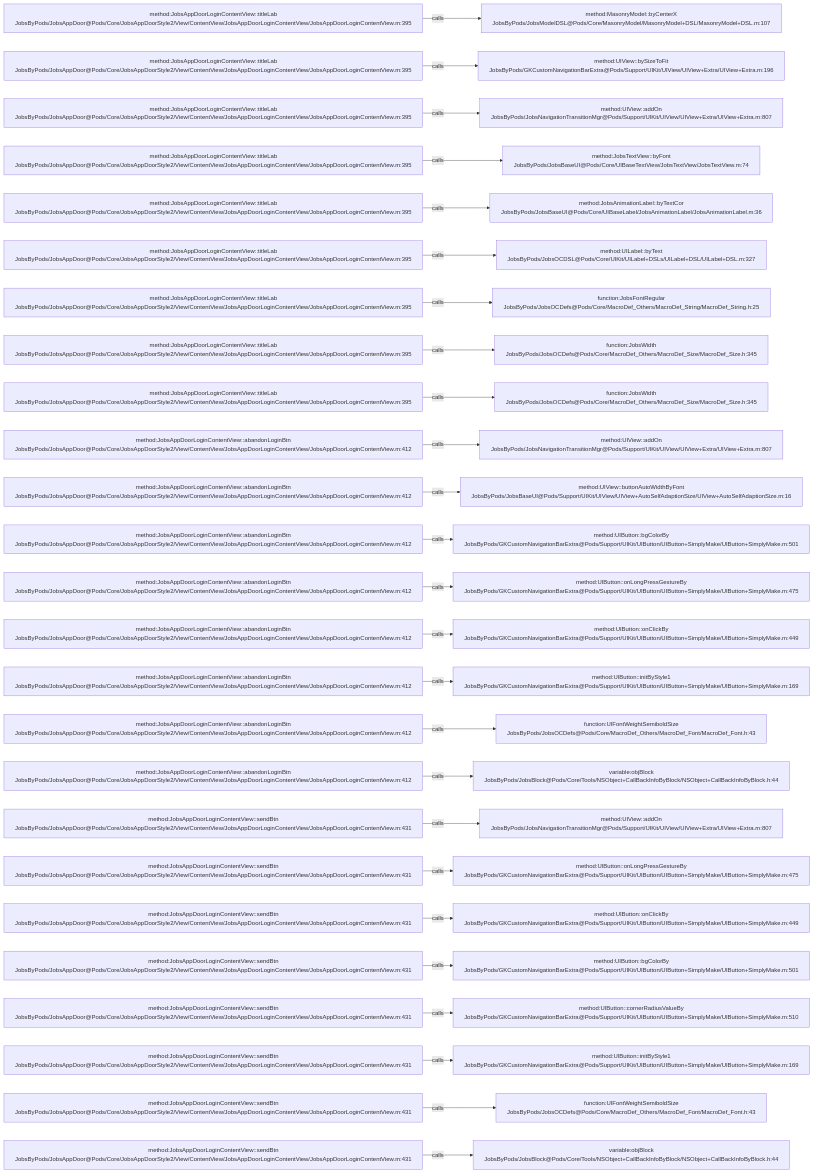
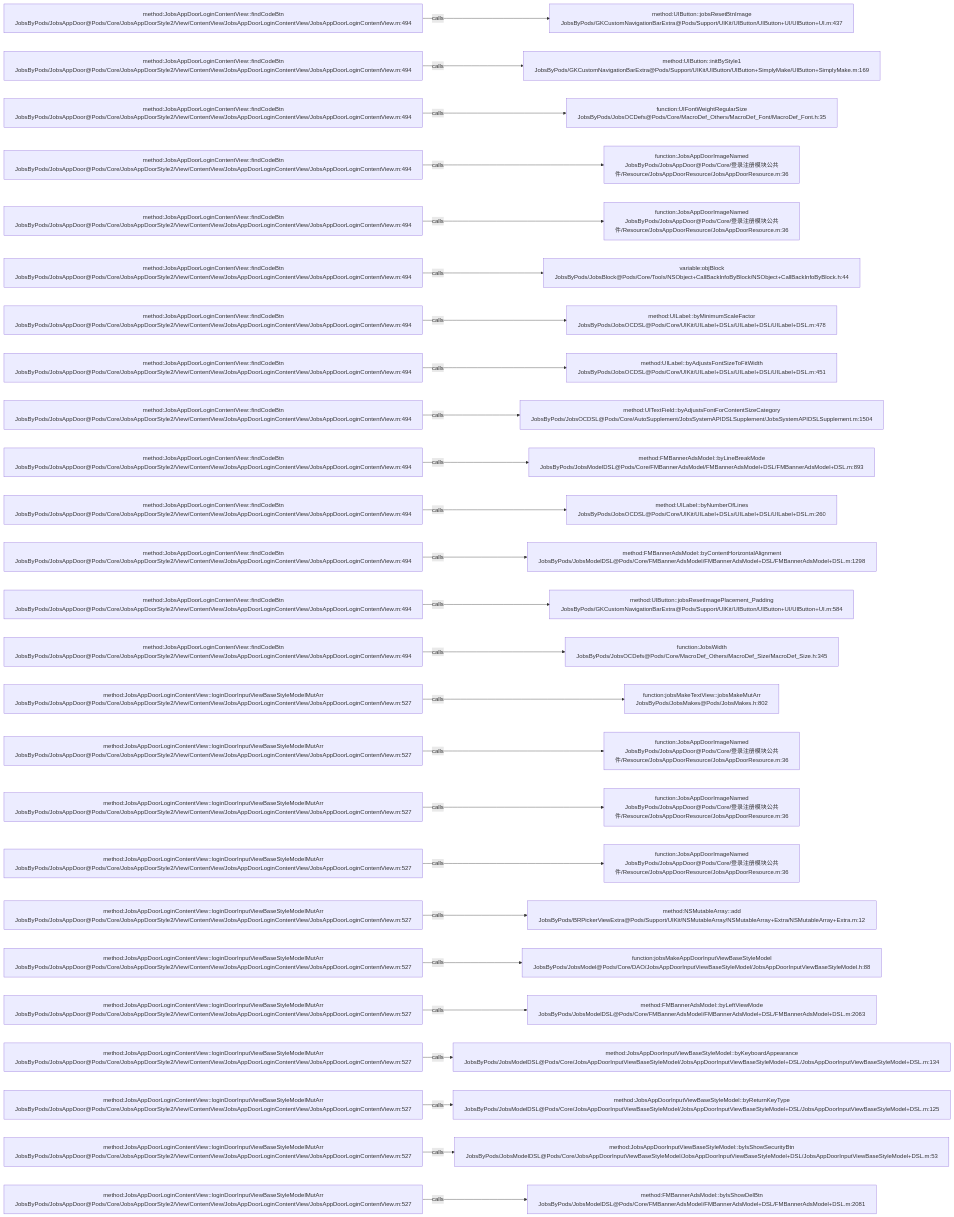
Before and after one commit to JobsKits/JobsOCBaseConfigDemo: the diagram in .codegraph/codegraph.md/graphs/calls-124.md, drawn with Mermaid. The commit also changed 223 other files, not shown here.

````diff
--- a/.codegraph/codegraph.md/graphs/calls-124.md
+++ b/.codegraph/codegraph.md/graphs/calls-124.md
@@ -13,78 +13,78 @@
 ```mermaid
 flowchart LR
-  S1["method:JobsAppDoorLoginContentView::titleLab<br/>JobsByPods/JobsAppDoor@Pods/Core/JobsAppDoorStyle2/View/ContentView/JobsAppDoorLoginContentView/JobsAppDoorLoginContentView.m:395"]
-  T1["method:MasonryModel::byCenterX<br/>JobsByPods/JobsModelDSL@Pods/Core/MasonryModel/MasonryModel+DSL/MasonryModel+DSL.m:107"]
+  S1["method:JobsAppDoorLoginContentView::findCodeBtn<br/>JobsByPods/JobsAppDoor@Pods/Core/JobsAppDoorStyle2/View/ContentView/JobsAppDoorLoginContentView/JobsAppDoorLoginContentView.m:494"]
+  T1["method:UIButton::jobsResetBtnImage<br/>JobsByPods/GKCustomNavigationBarExtra@Pods/Support/UIKit/UIButton/UIButton+UI/UIButton+UI.m:437"]
   S1 -->|calls| T1
-  S2["method:JobsAppDoorLoginContentView::titleLab<br/>JobsByPods/JobsAppDoor@Pods/Core/JobsAppDoorStyle2/View/ContentView/JobsAppDoorLoginContentView/JobsAppDoorLoginContentView.m:395"]
-  T2["method:UIView::bySizeToFit<br/>JobsByPods/GKCustomNavigationBarExtra@Pods/Support/UIKit/UIView/UIView+Extra/UIView+Extra.m:196"]
+  S2["method:JobsAppDoorLoginContentView::findCodeBtn<br/>JobsByPods/JobsAppDoor@Pods/Core/JobsAppDoorStyle2/View/ContentView/JobsAppDoorLoginContentView/JobsAppDoorLoginContentView.m:494"]
+  T2["method:UIButton::initByStyle1<br/>JobsByPods/GKCustomNavigationBarExtra@Pods/Support/UIKit/UIButton/UIButton+SimplyMake/UIButton+SimplyMake.m:169"]
   S2 -->|calls| T2
-  S3["method:JobsAppDoorLoginContentView::titleLab<br/>JobsByPods/JobsAppDoor@Pods/Core/JobsAppDoorStyle2/View/ContentView/JobsAppDoorLoginContentView/JobsAppDoorLoginContentView.m:395"]
-  T3["method:UIView::addOn<br/>JobsByPods/JobsNavigationTransitionMgr@Pods/Support/UIKit/UIView/UIView+Extra/UIView+Extra.m:807"]
+  S3["method:JobsAppDoorLoginContentView::findCodeBtn<br/>JobsByPods/JobsAppDoor@Pods/Core/JobsAppDoorStyle2/View/ContentView/JobsAppDoorLoginContentView/JobsAppDoorLoginContentView.m:494"]
+  T3["function:UIFontWeightRegularSize<br/>JobsByPods/JobsOCDefs@Pods/Core/MacroDef_Others/MacroDef_Font/MacroDef_Font.h:35"]
   S3 -->|calls| T3
-  S4["method:JobsAppDoorLoginContentView::titleLab<br/>JobsByPods/JobsAppDoor@Pods/Core/JobsAppDoorStyle2/View/ContentView/JobsAppDoorLoginContentView/JobsAppDoorLoginContentView.m:395"]
-  T4["method:JobsTextView::byFont<br/>JobsByPods/JobsBaseUI@Pods/Core/UIBaseTextView/JobsTextView/JobsTextView.m:74"]
+  S4["method:JobsAppDoorLoginContentView::findCodeBtn<br/>JobsByPods/JobsAppDoor@Pods/Core/JobsAppDoorStyle2/View/ContentView/JobsAppDoorLoginContentView/JobsAppDoorLoginContentView.m:494"]
+  T4["function:JobsAppDoorImageNamed<br/>JobsByPods/JobsAppDoor@Pods/Core/登录注册模块公共件/Resource/JobsAppDoorResource/JobsAppDoorResource.m:36"]
   S4 -->|calls| T4
-  S5["method:JobsAppDoorLoginContentView::titleLab<br/>JobsByPods/JobsAppDoor@Pods/Core/JobsAppDoorStyle2/View/ContentView/JobsAppDoorLoginContentView/JobsAppDoorLoginContentView.m:395"]
-  T5["method:JobsAnimationLabel::byTextCor<br/>JobsByPods/JobsBaseUI@Pods/Core/UIBaseLabel/JobsAnimationLabel/JobsAnimationLabel.m:36"]
+  S5["method:JobsAppDoorLoginContentView::findCodeBtn<br/>JobsByPods/JobsAppDoor@Pods/Core/JobsAppDoorStyle2/View/ContentView/JobsAppDoorLoginContentView/JobsAppDoorLoginContentView.m:494"]
+  T5["function:JobsAppDoorImageNamed<br/>JobsByPods/JobsAppDoor@Pods/Core/登录注册模块公共件/Resource/JobsAppDoorResource/JobsAppDoorResource.m:36"]
   S5 -->|calls| T5
-  S6["method:JobsAppDoorLoginContentView::titleLab<br/>JobsByPods/JobsAppDoor@Pods/Core/JobsAppDoorStyle2/View/ContentView/JobsAppDoorLoginContentView/JobsAppDoorLoginContentView.m:395"]
-  T6["method:UILabel::byText<br/>JobsByPods/JobsOCDSL@Pods/Core/UIKit/UILabel+DSLs/UILabel+DSL/UILabel+DSL.m:327"]
+  S6["method:JobsAppDoorLoginContentView::findCodeBtn<br/>JobsByPods/JobsAppDoor@Pods/Core/JobsAppDoorStyle2/View/ContentView/JobsAppDoorLoginContentView/JobsAppDoorLoginContentView.m:494"]
+  T6["variable:objBlock<br/>JobsByPods/JobsBlock@Pods/Core/Tools/NSObject+CallBackInfoByBlock/NSObject+CallBackInfoByBlock.h:44"]
   S6 -->|calls| T6
-  S7["method:JobsAppDoorLoginContentView::titleLab<br/>JobsByPods/JobsAppDoor@Pods/Core/JobsAppDoorStyle2/View/ContentView/JobsAppDoorLoginContentView/JobsAppDoorLoginContentView.m:395"]
-  T7["function:JobsFontRegular<br/>JobsByPods/JobsOCDefs@Pods/Core/MacroDef_Others/MacroDef_String/MacroDef_String.h:25"]
+  S7["method:JobsAppDoorLoginContentView::findCodeBtn<br/>JobsByPods/JobsAppDoor@Pods/Core/JobsAppDoorStyle2/View/ContentView/JobsAppDoorLoginContentView/JobsAppDoorLoginContentView.m:494"]
+  T7["method:UILabel::byMinimumScaleFactor<br/>JobsByPods/JobsOCDSL@Pods/Core/UIKit/UILabel+DSLs/UILabel+DSL/UILabel+DSL.m:478"]
   S7 -->|calls| T7
-  S8["method:JobsAppDoorLoginContentView::titleLab<br/>JobsByPods/JobsAppDoor@Pods/Core/JobsAppDoorStyle2/View/ContentView/JobsAppDoorLoginContentView/JobsAppDoorLoginContentView.m:395"]
-  T8["function:JobsWidth<br/>JobsByPods/JobsOCDefs@Pods/Core/MacroDef_Others/MacroDef_Size/MacroDef_Size.h:345"]
+  S8["method:JobsAppDoorLoginContentView::findCodeBtn<br/>JobsByPods/JobsAppDoor@Pods/Core/JobsAppDoorStyle2/View/ContentView/JobsAppDoorLoginContentView/JobsAppDoorLoginContentView.m:494"]
+  T8["method:UILabel::byAdjustsFontSizeToFitWidth<br/>JobsByPods/JobsOCDSL@Pods/Core/UIKit/UILabel+DSLs/UILabel+DSL/UILabel+DSL.m:451"]
   S8 -->|calls| T8
-  S9["method:JobsAppDoorLoginContentView::titleLab<br/>JobsByPods/JobsAppDoor@Pods/Core/JobsAppDoorStyle2/View/ContentView/JobsAppDoorLoginContentView/JobsAppDoorLoginContentView.m:395"]
-  T9["function:JobsWidth<br/>JobsByPods/JobsOCDefs@Pods/Core/MacroDef_Others/MacroDef_Size/MacroDef_Size.h:345"]
+  S9["method:JobsAppDoorLoginContentView::findCodeBtn<br/>JobsByPods/JobsAppDoor@Pods/Core/JobsAppDoorStyle2/View/ContentView/JobsAppDoorLoginContentView/JobsAppDoorLoginContentView.m:494"]
+  T9["method:UITextField::byAdjustsFontForContentSizeCategory<br/>JobsByPods/JobsOCDSL@Pods/Core/AutoSupplement/JobsSystemAPIDSLSupplement/JobsSystemAPIDSLSupplement.m:1504"]
   S9 -->|calls| T9
-  S10["method:JobsAppDoorLoginContentView::abandonLoginBtn<br/>JobsByPods/JobsAppDoor@Pods/Core/JobsAppDoorStyle2/View/ContentView/JobsAppDoorLoginContentView/JobsAppDoorLoginContentView.m:412"]
-  T10["method:UIView::addOn<br/>JobsByPods/JobsNavigationTransitionMgr@Pods/Support/UIKit/UIView/UIView+Extra/UIView+Extra.m:807"]
+  S10["method:JobsAppDoorLoginContentView::findCodeBtn<br/>JobsByPods/JobsAppDoor@Pods/Core/JobsAppDoorStyle2/View/ContentView/JobsAppDoorLoginContentView/JobsAppDoorLoginContentView.m:494"]
+  T10["method:FMBannerAdsModel::byLineBreakMode<br/>JobsByPods/JobsModelDSL@Pods/Core/FMBannerAdsModel/FMBannerAdsModel+DSL/FMBannerAdsModel+DSL.m:893"]
   S10 -->|calls| T10
-  S11["method:JobsAppDoorLoginContentView::abandonLoginBtn<br/>JobsByPods/JobsAppDoor@Pods/Core/JobsAppDoorStyle2/View/ContentView/JobsAppDoorLoginContentView/JobsAppDoorLoginContentView.m:412"]
-  T11["method:UIView::buttonAutoWidthByFont<br/>JobsByPods/JobsBaseUI@Pods/Support/UIKit/UIView/UIView+AutoSelfAdaptionSize/UIView+AutoSelfAdaptionSize.m:16"]
+  S11["method:JobsAppDoorLoginContentView::findCodeBtn<br/>JobsByPods/JobsAppDoor@Pods/Core/JobsAppDoorStyle2/View/ContentView/JobsAppDoorLoginContentView/JobsAppDoorLoginContentView.m:494"]
+  T11["method:UILabel::byNumberOfLines<br/>JobsByPods/JobsOCDSL@Pods/Core/UIKit/UILabel+DSLs/UILabel+DSL/UILabel+DSL.m:260"]
   S11 -->|calls| T11
-  S12["method:JobsAppDoorLoginContentView::abandonLoginBtn<br/>JobsByPods/JobsAppDoor@Pods/Core/JobsAppDoorStyle2/View/ContentView/JobsAppDoorLoginContentView/JobsAppDoorLoginContentView.m:412"]
-  T12["method:UIButton::bgColorBy<br/>JobsByPods/GKCustomNavigationBarExtra@Pods/Support/UIKit/UIButton/UIButton+SimplyMake/UIButton+SimplyMake.m:501"]
+  S12["method:JobsAppDoorLoginContentView::findCodeBtn<br/>JobsByPods/JobsAppDoor@Pods/Core/JobsAppDoorStyle2/View/ContentView/JobsAppDoorLoginContentView/JobsAppDoorLoginContentView.m:494"]
+  T12["method:FMBannerAdsModel::byContentHorizontalAlignment<br/>JobsByPods/JobsModelDSL@Pods/Core/FMBannerAdsModel/FMBannerAdsModel+DSL/FMBannerAdsModel+DSL.m:1298"]
   S12 -->|calls| T12
-  S13["method:JobsAppDoorLoginContentView::abandonLoginBtn<br/>JobsByPods/JobsAppDoor@Pods/Core/JobsAppDoorStyle2/View/ContentView/JobsAppDoorLoginContentView/JobsAppDoorLoginContentView.m:412"]
-  T13["method:UIButton::onLongPressGestureBy<br/>JobsByPods/GKCustomNavigationBarExtra@Pods/Support/UIKit/UIButton/UIButton+SimplyMake/UIButton+SimplyMake.m:475"]
+  S13["method:JobsAppDoorLoginContentView::findCodeBtn<br/>JobsByPods/JobsAppDoor@Pods/Core/JobsAppDoorStyle2/View/ContentView/JobsAppDoorLoginContentView/JobsAppDoorLoginContentView.m:494"]
+  T13["method:UIButton::jobsResetImagePlacement_Padding<br/>JobsByPods/GKCustomNavigationBarExtra@Pods/Support/UIKit/UIButton/UIButton+UI/UIButton+UI.m:584"]
   S13 -->|calls| T13
-  S14["method:JobsAppDoorLoginContentView::abandonLoginBtn<br/>JobsByPods/JobsAppDoor@Pods/Core/JobsAppDoorStyle2/View/ContentView/JobsAppDoorLoginContentView/JobsAppDoorLoginContentView.m:412"]
-  T14["method:UIButton::onClickBy<br/>JobsByPods/GKCustomNavigationBarExtra@Pods/Support/UIKit/UIButton/UIButton+SimplyMake/UIButton+SimplyMake.m:449"]
+  S14["method:JobsAppDoorLoginContentView::findCodeBtn<br/>JobsByPods/JobsAppDoor@Pods/Core/JobsAppDoorStyle2/View/ContentView/JobsAppDoorLoginContentView/JobsAppDoorLoginContentView.m:494"]
+  T14["function:JobsWidth<br/>JobsByPods/JobsOCDefs@Pods/Core/MacroDef_Others/MacroDef_Size/MacroDef_Size.h:345"]
   S14 -->|calls| T14
-  S15["method:JobsAppDoorLoginContentView::abandonLoginBtn<br/>JobsByPods/JobsAppDoor@Pods/Core/JobsAppDoorStyle2/View/ContentView/JobsAppDoorLoginContentView/JobsAppDoorLoginContentView.m:412"]
-  T15["method:UIButton::initByStyle1<br/>JobsByPods/GKCustomNavigationBarExtra@Pods/Support/UIKit/UIButton/UIButton+SimplyMake/UIButton+SimplyMake.m:169"]
+  S15["method:JobsAppDoorLoginContentView::loginDoorInputViewBaseStyleModelMutArr<br/>JobsByPods/JobsAppDoor@Pods/Core/JobsAppDoorStyle2/View/ContentView/JobsAppDoorLoginContentView/JobsAppDoorLoginContentView.m:527"]
+  T15["function:jobsMakeTextView::jobsMakeMutArr<br/>JobsByPods/JobsMakes@Pods/JobsMakes.h:802"]
   S15 -->|calls| T15
-  S16["method:JobsAppDoorLoginContentView::abandonLoginBtn<br/>JobsByPods/JobsAppDoor@Pods/Core/JobsAppDoorStyle2/View/ContentView/JobsAppDoorLoginContentView/JobsAppDoorLoginContentView.m:412"]
-  T16["function:UIFontWeightSemiboldSize<br/>JobsByPods/JobsOCDefs@Pods/Core/MacroDef_Others/MacroDef_Font/MacroDef_Font.h:43"]
+  S16["method:JobsAppDoorLoginContentView::loginDoorInputViewBaseStyleModelMutArr<br/>JobsByPods/JobsAppDoor@Pods/Core/JobsAppDoorStyle2/View/ContentView/JobsAppDoorLoginContentView/JobsAppDoorLoginContentView.m:527"]
+  T16["function:JobsAppDoorImageNamed<br/>JobsByPods/JobsAppDoor@Pods/Core/登录注册模块公共件/Resource/JobsAppDoorResource/JobsAppDoorResource.m:36"]
   S16 -->|calls| T16
-  S17["method:JobsAppDoorLoginContentView::abandonLoginBtn<br/>JobsByPods/JobsAppDoor@Pods/Core/JobsAppDoorStyle2/View/ContentView/JobsAppDoorLoginContentView/JobsAppDoorLoginContentView.m:412"]
-  T17["variable:objBlock<br/>JobsByPods/JobsBlock@Pods/Core/Tools/NSObject+CallBackInfoByBlock/NSObject+CallBackInfoByBlock.h:44"]
+  S17["method:JobsAppDoorLoginContentView::loginDoorInputViewBaseStyleModelMutArr<br/>JobsByPods/JobsAppDoor@Pods/Core/JobsAppDoorStyle2/View/ContentView/JobsAppDoorLoginContentView/JobsAppDoorLoginContentView.m:527"]
+  T17["function:JobsAppDoorImageNamed<br/>JobsByPods/JobsAppDoor@Pods/Core/登录注册模块公共件/Resource/JobsAppDoorResource/JobsAppDoorResource.m:36"]
   S17 -->|calls| T17
-  S18["method:JobsAppDoorLoginContentView::sendBtn<br/>JobsByPods/JobsAppDoor@Pods/Core/JobsAppDoorStyle2/View/ContentView/JobsAppDoorLoginContentView/JobsAppDoorLoginContentView.m:431"]
-  T18["method:UIView::addOn<br/>JobsByPods/JobsNavigationTransitionMgr@Pods/Support/UIKit/UIView/UIView+Extra/UIView+Extra.m:807"]
+  S18["method:JobsAppDoorLoginContentView::loginDoorInputViewBaseStyleModelMutArr<br/>JobsByPods/JobsAppDoor@Pods/Core/JobsAppDoorStyle2/View/ContentView/JobsAppDoorLoginContentView/JobsAppDoorLoginContentView.m:527"]
+  T18["function:JobsAppDoorImageNamed<br/>JobsByPods/JobsAppDoor@Pods/Core/登录注册模块公共件/Resource/JobsAppDoorResource/JobsAppDoorResource.m:36"]
   S18 -->|calls| T18
-  S19["method:JobsAppDoorLoginContentView::sendBtn<br/>JobsByPods/JobsAppDoor@Pods/Core/JobsAppDoorStyle2/View/ContentView/JobsAppDoorLoginContentView/JobsAppDoorLoginContentView.m:431"]
-  T19["method:UIButton::onLongPressGestureBy<br/>JobsByPods/GKCustomNavigationBarExtra@Pods/Support/UIKit/UIButton/UIButton+SimplyMake/UIButton+SimplyMake.m:475"]
+  S19["method:JobsAppDoorLoginContentView::loginDoorInputViewBaseStyleModelMutArr<br/>JobsByPods/JobsAppDoor@Pods/Core/JobsAppDoorStyle2/View/ContentView/JobsAppDoorLoginContentView/JobsAppDoorLoginContentView.m:527"]
+  T19["method:NSMutableArray::add<br/>JobsByPods/BRPickerViewExtra@Pods/Support/UIKit/NSMutableArray/NSMutableArray+Extra/NSMutableArray+Extra.m:12"]
   S19 -->|calls| T19
-  S20["method:JobsAppDoorLoginContentView::sendBtn<br/>JobsByPods/JobsAppDoor@Pods/Core/JobsAppDoorStyle2/View/ContentView/JobsAppDoorLoginContentView/JobsAppDoorLoginContentView.m:431"]
-  T20["method:UIButton::onClickBy<br/>JobsByPods/GKCustomNavigationBarExtra@Pods/Support/UIKit/UIButton/UIButton+SimplyMake/UIButton+SimplyMake.m:449"]
+  S20["method:JobsAppDoorLoginContentView::loginDoorInputViewBaseStyleModelMutArr<br/>JobsByPods/JobsAppDoor@Pods/Core/JobsAppDoorStyle2/View/ContentView/JobsAppDoorLoginContentView/JobsAppDoorLoginContentView.m:527"]
+  T20["function:jobsMakeAppDoorInputViewBaseStyleModel<br/>JobsByPods/JobsModel@Pods/Core/DAO/JobsAppDoorInputViewBaseStyleModel/JobsAppDoorInputViewBaseStyleModel.h:88"]
   S20 -->|calls| T20
-  S21["method:JobsAppDoorLoginContentView::sendBtn<br/>JobsByPods/JobsAppDoor@Pods/Core/JobsAppDoorStyle2/View/ContentView/JobsAppDoorLoginContentView/JobsAppDoorLoginContentView.m:431"]
-  T21["method:UIButton::bgColorBy<br/>JobsByPods/GKCustomNavigationBarExtra@Pods/Support/UIKit/UIButton/UIButton+SimplyMake/UIButton+SimplyMake.m:501"]
+  S21["method:JobsAppDoorLoginContentView::loginDoorInputViewBaseStyleModelMutArr<br/>JobsByPods/JobsAppDoor@Pods/Core/JobsAppDoorStyle2/View/ContentView/JobsAppDoorLoginContentView/JobsAppDoorLoginContentView.m:527"]
+  T21["method:FMBannerAdsModel::byLeftViewMode<br/>JobsByPods/JobsModelDSL@Pods/Core/FMBannerAdsModel/FMBannerAdsModel+DSL/FMBannerAdsModel+DSL.m:2063"]
   S21 -->|calls| T21
-  S22["method:JobsAppDoorLoginContentView::sendBtn<br/>JobsByPods/JobsAppDoor@Pods/Core/JobsAppDoorStyle2/View/ContentView/JobsAppDoorLoginContentView/JobsAppDoorLoginContentView.m:431"]
-  T22["method:UIButton::cornerRadiusValueBy<br/>JobsByPods/GKCustomNavigationBarExtra@Pods/Support/UIKit/UIButton/UIButton+SimplyMake/UIButton+SimplyMake.m:510"]
+  S22["method:JobsAppDoorLoginContentView::loginDoorInputViewBaseStyleModelMutArr<br/>JobsByPods/JobsAppDoor@Pods/Core/JobsAppDoorStyle2/View/ContentView/JobsAppDoorLoginContentView/JobsAppDoorLoginContentView.m:527"]
+  T22["method:JobsAppDoorInputViewBaseStyleModel::byKeyboardAppearance<br/>JobsByPods/JobsModelDSL@Pods/Core/JobsAppDoorInputViewBaseStyleModel/JobsAppDoorInputViewBaseStyleModel+DSL/JobsAppDoorInputViewBaseStyleModel+DSL.m:134"]
   S22 -->|calls| T22
-  S23["method:JobsAppDoorLoginContentView::sendBtn<br/>JobsByPods/JobsAppDoor@Pods/Core/JobsAppDoorStyle2/View/ContentView/JobsAppDoorLoginContentView/JobsAppDoorLoginContentView.m:431"]
-  T23["method:UIButton::initByStyle1<br/>JobsByPods/GKCustomNavigationBarExtra@Pods/Support/UIKit/UIButton/UIButton+SimplyMake/UIButton+SimplyMake.m:169"]
+  S23["method:JobsAppDoorLoginContentView::loginDoorInputViewBaseStyleModelMutArr<br/>JobsByPods/JobsAppDoor@Pods/Core/JobsAppDoorStyle2/View/ContentView/JobsAppDoorLoginContentView/JobsAppDoorLoginContentView.m:527"]
+  T23["method:JobsAppDoorInputViewBaseStyleModel::byReturnKeyType<br/>JobsByPods/JobsModelDSL@Pods/Core/JobsAppDoorInputViewBaseStyleModel/JobsAppDoorInputViewBaseStyleModel+DSL/JobsAppDoorInputViewBaseStyleModel+DSL.m:125"]
   S23 -->|calls| T23
-  S24["method:JobsAppDoorLoginContentView::sendBtn<br/>JobsByPods/JobsAppDoor@Pods/Core/JobsAppDoorStyle2/View/ContentView/JobsAppDoorLoginContentView/JobsAppDoorLoginContentView.m:431"]
-  T24["function:UIFontWeightSemiboldSize<br/>JobsByPods/JobsOCDefs@Pods/Core/MacroDef_Others/MacroDef_Font/MacroDef_Font.h:43"]
+  S24["method:JobsAppDoorLoginContentView::loginDoorInputViewBaseStyleModelMutArr<br/>JobsByPods/JobsAppDoor@Pods/Core/JobsAppDoorStyle2/View/ContentView/JobsAppDoorLoginContentView/JobsAppDoorLoginContentView.m:527"]
+  T24["method:JobsAppDoorInputViewBaseStyleModel::byIsShowSecurityBtn<br/>JobsByPods/JobsModelDSL@Pods/Core/JobsAppDoorInputViewBaseStyleModel/JobsAppDoorInputViewBaseStyleModel+DSL/JobsAppDoorInputViewBaseStyleModel+DSL.m:53"]
   S24 -->|calls| T24
-  S25["method:JobsAppDoorLoginContentView::sendBtn<br/>JobsByPods/JobsAppDoor@Pods/Core/JobsAppDoorStyle2/View/ContentView/JobsAppDoorLoginContentView/JobsAppDoorLoginContentView.m:431"]
-  T25["variable:objBlock<br/>JobsByPods/JobsBlock@Pods/Core/Tools/NSObject+CallBackInfoByBlock/NSObject+CallBackInfoByBlock.h:44"]
+  S25["method:JobsAppDoorLoginContentView::loginDoorInputViewBaseStyleModelMutArr<br/>JobsByPods/JobsAppDoor@Pods/Core/JobsAppDoorStyle2/View/ContentView/JobsAppDoorLoginContentView/JobsAppDoorLoginContentView.m:527"]
+  T25["method:FMBannerAdsModel::byIsShowDelBtn<br/>JobsByPods/JobsModelDSL@Pods/Core/FMBannerAdsModel/FMBannerAdsModel+DSL/FMBannerAdsModel+DSL.m:2081"]
   S25 -->|calls| T25
 ```
````
